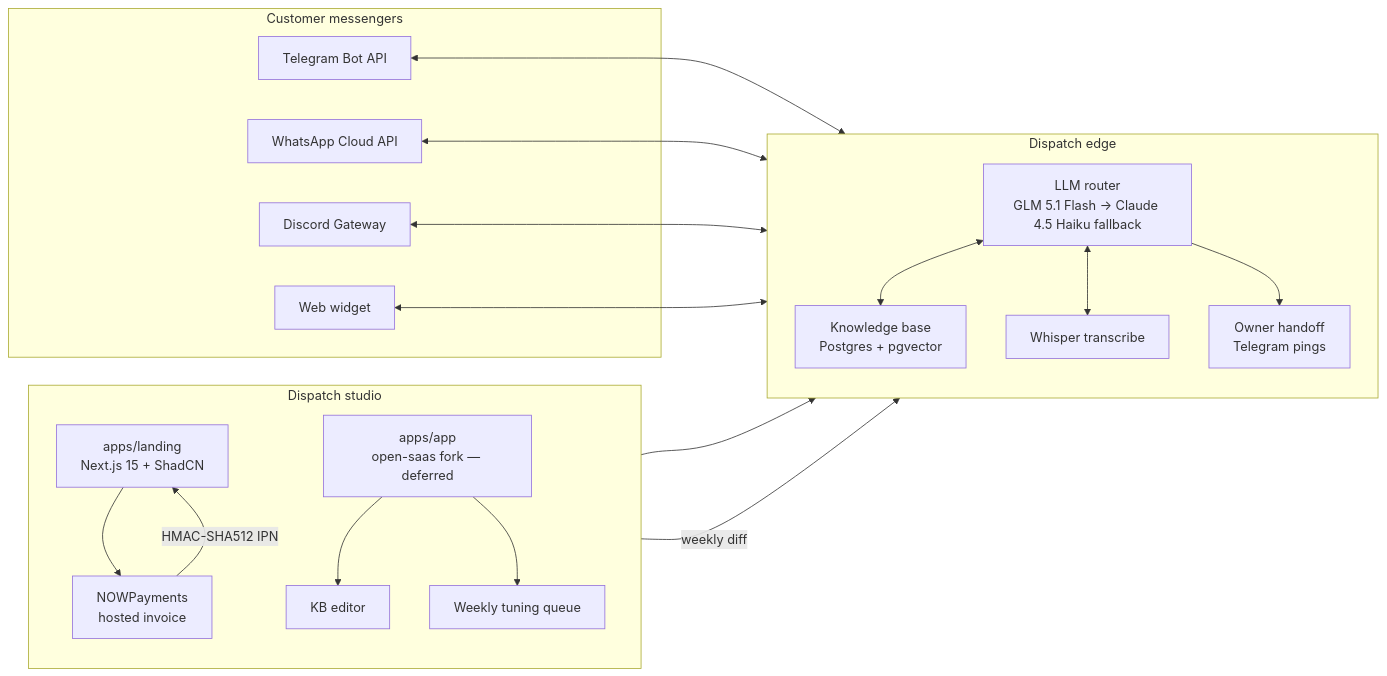
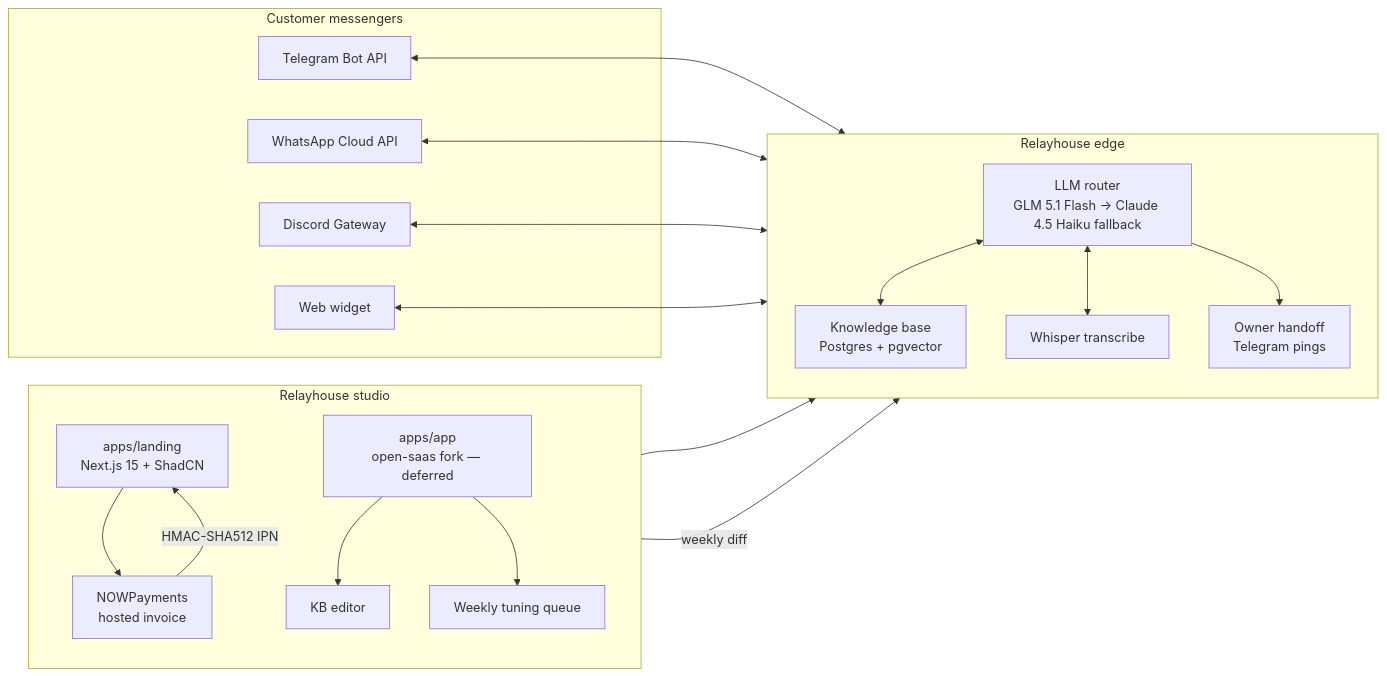
One commit to prin7r-projects/chatbot-agency changed the diagram in docs/02-architecture.md. Above: the diagram before and after it, drawn with Mermaid. The commit also changed 25 other files, not shown here.

````diff
--- a/docs/02-architecture.md
+++ b/docs/02-architecture.md
@@ -7,42 +7,42 @@
 ```mermaid
 flowchart LR
   subgraph Customer["Customer messengers"]
     TG[Telegram Bot API]
     WA[WhatsApp Cloud API]
     DC[Discord Gateway]
     WW[Web widget]
   end
 
-  subgraph Edge["Dispatch edge"]
+  subgraph Edge["Relayhouse edge"]
     direction TB
     Router[LLM router<br/>GLM 5.1 Flash &rarr; Claude 4.5 Haiku fallback]
     KB[Knowledge base<br/>Postgres + pgvector]
     Voice[Whisper transcribe]
     Handoff[Owner handoff<br/>Telegram pings]
   end
 
-  subgraph Studio["Dispatch studio"]
+  subgraph Studio["Relayhouse studio"]
     direction TB
     Landing[apps/landing<br/>Next.js 15 + ShadCN]
     Dashboard[apps/app<br/>open-saas fork — deferred]
     Pay[NOWPayments<br/>hosted invoice]
     KBEd[KB editor]
     Tuning[Weekly tuning queue]
   end
 
   TG <--> Router
   WA <--> Router
   DC <--> Router
   WW <--> Router
 
   Router <--> KB
   Router <--> Voice
   Router --> Handoff
 
   Landing --> Pay
   Pay -->|HMAC-SHA512 IPN| Landing
   Dashboard --> KB
   Dashboard --> KBEd
   Dashboard --> Tuning
   Tuning -->|weekly diff| KB
 ```
````
